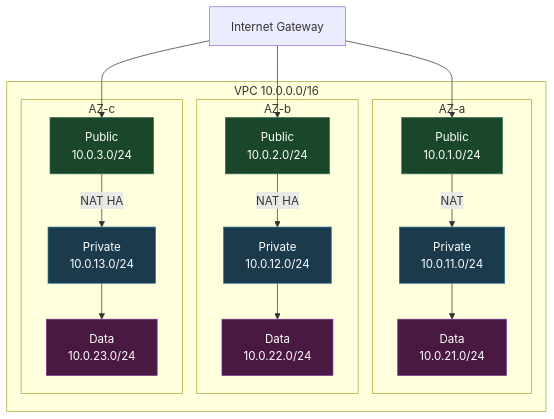
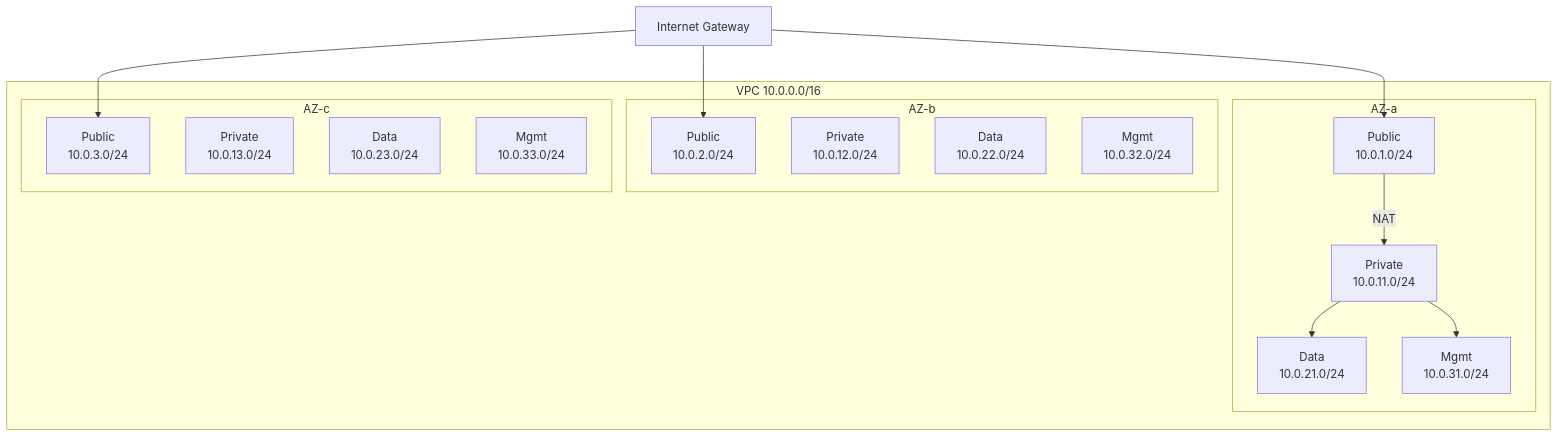
The second of 6 diagrams in terraform/ARCHITECTURE.md (Mark-Zagob/observability-sample-v2), drawn with Mermaid before and after one commit. The commit also changed other lines of this file and 3 other files, not shown here.

````diff
--- a/terraform/ARCHITECTURE.md
+++ b/terraform/ARCHITECTURE.md
@@ -148,44 +86,32 @@
 ```mermaid
 graph TB
     IGW["Internet Gateway"]
 
     subgraph VPC["VPC 10.0.0.0/16"]
-
         subgraph AZ_A["AZ-a"]
             PUB_A["Public<br/>10.0.1.0/24"]
             PRIV_A["Private<br/>10.0.11.0/24"]
             DATA_A["Data<br/>10.0.21.0/24"]
+            MGMT_A["Mgmt<br/>10.0.31.0/24"]
         end
 
         subgraph AZ_B["AZ-b"]
             PUB_B["Public<br/>10.0.2.0/24"]
             PRIV_B["Private<br/>10.0.12.0/24"]
             DATA_B["Data<br/>10.0.22.0/24"]
+            MGMT_B["Mgmt<br/>10.0.32.0/24"]
         end
 
         subgraph AZ_C["AZ-c"]
             PUB_C["Public<br/>10.0.3.0/24"]
             PRIV_C["Private<br/>10.0.13.0/24"]
             DATA_C["Data<br/>10.0.23.0/24"]
+            MGMT_C["Mgmt<br/>10.0.33.0/24"]
         end
-
     end
 
     IGW --> PUB_A & PUB_B & PUB_C
     PUB_A -->|NAT| PRIV_A
-    PUB_B -->|NAT HA| PRIV_B
-    PUB_C -->|NAT HA| PRIV_C
     PRIV_A --> DATA_A
-    PRIV_B --> DATA_B
-    PRIV_C --> DATA_C
-
-    style PUB_A fill:#1a472a,stroke:#2d6a4f,color:#fff
-    style PUB_B fill:#1a472a,stroke:#2d6a4f,color:#fff
-    style PUB_C fill:#1a472a,stroke:#2d6a4f,color:#fff
-    style PRIV_A fill:#1b3a4b,stroke:#2a6f97,color:#fff
-    style PRIV_B fill:#1b3a4b,stroke:#2a6f97,color:#fff
-    style PRIV_C fill:#1b3a4b,stroke:#2a6f97,color:#fff
-    style DATA_A fill:#4a1942,stroke:#7b2d8e,color:#fff
-    style DATA_B fill:#4a1942,stroke:#7b2d8e,color:#fff
-    style DATA_C fill:#4a1942,stroke:#7b2d8e,color:#fff
+    PRIV_A --> MGMT_A
 ```
````
